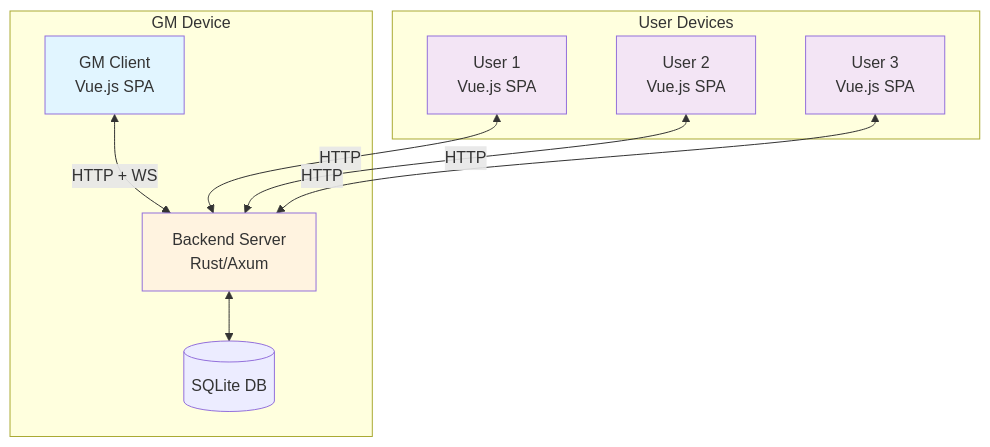
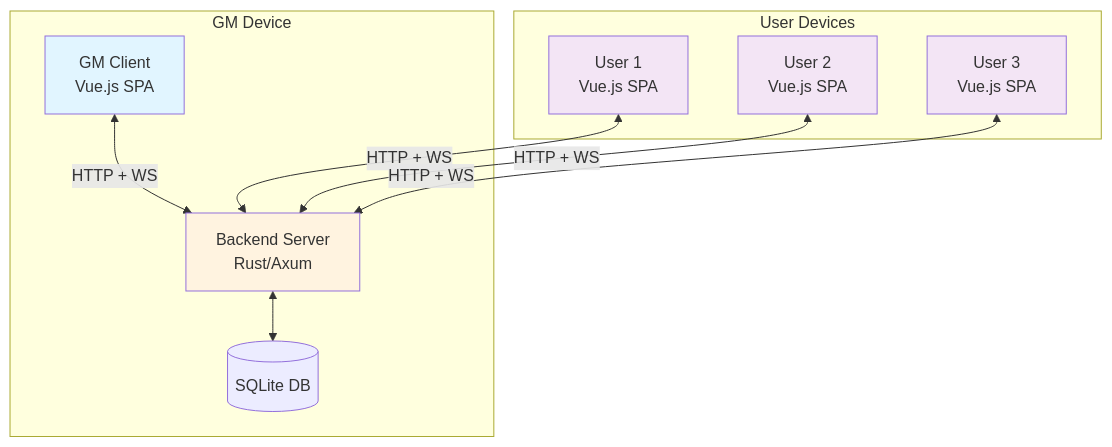
One commit to jakob-rzeppa/turnkeeper changed the first of 3 diagrams in docs/ARCHITECTURE.md. Above: the diagram before and after it, drawn with Mermaid. The commit also changed other lines of this file and 2 other files, not shown here.

````diff
--- a/docs/ARCHITECTURE.md
+++ b/docs/ARCHITECTURE.md
@@ -5,27 +5,27 @@
 ```mermaid
 graph TB
     subgraph "GM Device"
         GM[GM Client<br/>Vue.js SPA]
         Backend[Backend Server<br/>Rust/Axum]
         DB[(SQLite DB)]
 
         GM <-->|HTTP + WS| Backend
         Backend <--> DB
     end
 
     subgraph "User Devices"
         User1[User 1<br/>Vue.js SPA]
         User2[User 2<br/>Vue.js SPA]
         User3[User 3<br/>Vue.js SPA]
     end
 
-    User1 <-->|HTTP| Backend
-    User2 <-->|HTTP| Backend
-    User3 <-->|HTTP| Backend
+    User1 <-->|HTTP + WS| Backend
+    User2 <-->|HTTP + WS| Backend
+    User3 <-->|HTTP + WS| Backend
 
     style GM fill:#e1f5ff
     style Backend fill:#fff3e0
     style User1 fill:#f3e5f5
     style User2 fill:#f3e5f5
     style User3 fill:#f3e5f5
 ```
````
